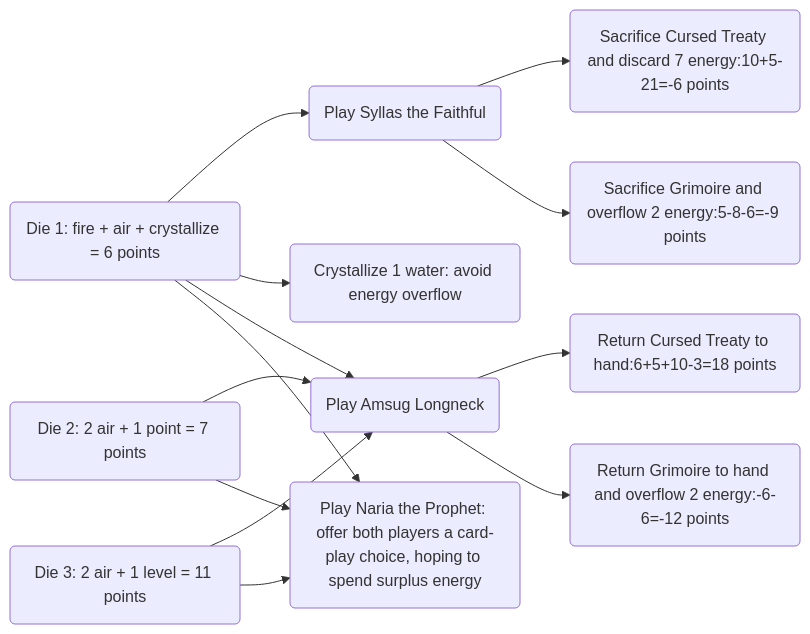
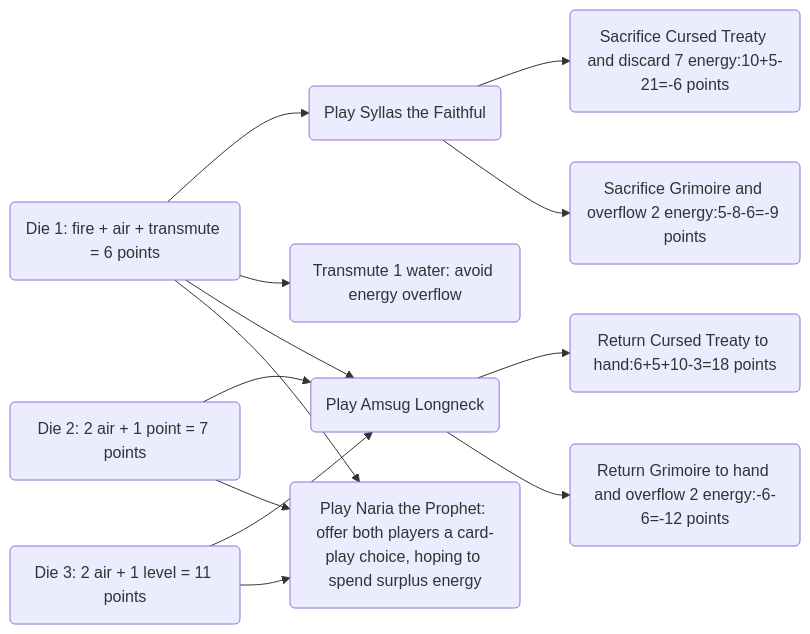
Before and after one commit to Yiyuiii/yiyuiii.github.io: the diagram in _posts/2023-01-18-quantitative-strategy-guide-to-seasons.md, drawn with Mermaid. The commit also changed other lines of this file and 96 other files, not shown here.

````diff
--- a/_posts/2023-01-18-quantitative-strategy-guide-to-seasons.md
+++ b/_posts/2023-01-18-quantitative-strategy-guide-to-seasons.md
@@ -376,26 +389,26 @@
 ```mermaid
 graph LR
-D1(Die 1: fire + air + crystallize = 6 points)
+D1(Die 1: fire + air + transmute = 6 points)
 D2(Die 2: 2 air + 1 point = 7 points)
 D3(Die 3: 2 air + 1 level = 11 points)
 A1(Play Syllas the Faithful)
 A2(Play Amsug Longneck)
 A3(Play Naria the Prophet: offer both players a card-play choice, hoping to spend surplus energy)
-A4(Crystallize 1 water: avoid energy overflow)
+A4(Transmute 1 water: avoid energy overflow)
 R1(Sacrifice Cursed Treaty and discard 7 energy:10+5-21=-6 points)
 R2(Sacrifice Grimoire and overflow 2 energy:5-8-6=-9 points)
 R3(Return Cursed Treaty to hand:6+5+10-3=18 points)
 R4(Return Grimoire to hand and overflow 2 energy:-6-6=-12 points)
 D1 --> A1
 D1 --> A4
 D1 --> A2
 D1 --> A3
 D2 --> A2
 D2 --> A3
 D3 --> A2
 D3 --> A3
 A1 --> R1
 A1 --> R2
 A2 --> R3
 A2 --> R4
 ```
````
